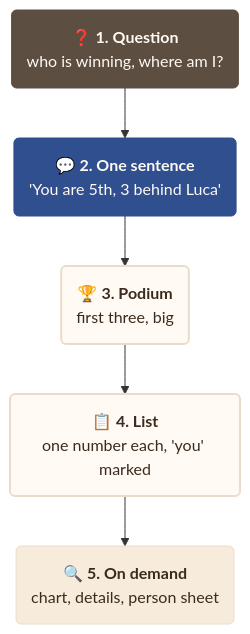
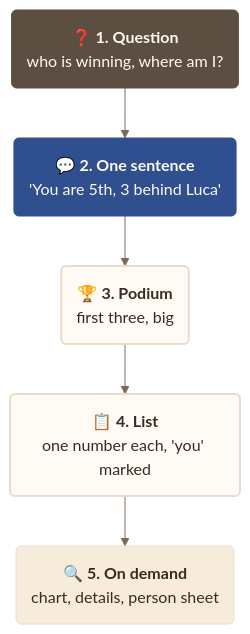
Before and after one commit to francescoperrino/Caccometro: the second of 3 diagrams in docs/research/mini_app_design.md, drawn with Mermaid. The commit also changed other lines of this file and 14 other files, not shown here.

Commit message:
Give every Mermaid diagram one style from tools/mermaid_style.py, with a title and a description (#204)

````diff
--- a/docs/research/mini_app_design.md
+++ b/docs/research/mini_app_design.md
@@ -73,20 +104,51 @@
 ```mermaid
+---
+config:
+  theme: base
+  themeVariables:
+    fontFamily: "Nunito, Segoe UI, Roboto, sans-serif"
+    primaryColor: "#fffaf3"
+    primaryTextColor: "#3b2a1e"
+    primaryBorderColor: "#eadccb"
+    secondaryColor: "#f7ecdc"
+    tertiaryColor: "#f3e4d0"
+    lineColor: "#7a6a5c"
+    textColor: "#3b2a1e"
+    edgeLabelBackground: "#fffaf3"
+    clusterBkg: "#f3e4d0"
+    clusterBorder: "#cbbca9"
+    titleColor: "#5c4f42"
+    noteBkgColor: "#f7ecdc"
+    noteTextColor: "#3b2a1e"
+    actorBkg: "#fffaf3"
+    actorBorder: "#5c4f42"
+    actorTextColor: "#3b2a1e"
+    signalColor: "#7a6a5c"
+    signalTextColor: "#3b2a1e"
+    labelBoxBkgColor: "#f3e4d0"
+    loopTextColor: "#3b2a1e"
+    sequenceNumberColor: "#fffaf3"
+    xyChart:
+      plotColorPalette: "#2f4f8f"
+---
 flowchart TD
+    accTitle: Reading order of one tab
+    accDescr: A question, the answer in one sentence, the podium, then the list and the details
     q("❓ <b>1. Question</b><br/>who is winning, where am I?")
     answer("💬 <b>2. One sentence</b><br/>'You are 5th, 3 behind Luca'")
     podium("🏆 <b>3. Podium</b><br/>first three, big")
     rows("📋 <b>4. List</b><br/>one number each, 'you' marked")
     more("🔍 <b>5. On demand</b><br/>chart, details, person sheet")
     q --> answer --> podium --> rows --> more
     classDef step fill:#fffaf3,stroke:#eadccb,stroke-width:2px,color:#3b2a1e
     classDef main fill:#2f4f8f,stroke:#2f4f8f,color:#fffaf3
     classDef person fill:#5c4f42,stroke:#5c4f42,color:#fffaf3
     classDef check fill:#f7ecdc,stroke:#e0902b,stroke-width:2px,color:#3b2a1e
     classDef detail fill:#f7ecdc,stroke:#eadccb,color:#3b2a1e
-    classDef alert fill:#e0902b,stroke:#e0902b,color:#fffaf3
+    classDef alert fill:#e0902b,stroke:#e0902b,color:#3b2a1e
     classDef stop fill:#f3e4d0,stroke:#cbbca9,stroke-dasharray:4 3,color:#7a6a5c
     class q person
     class podium,rows step
     class answer main
     class more detail
 ```
````
